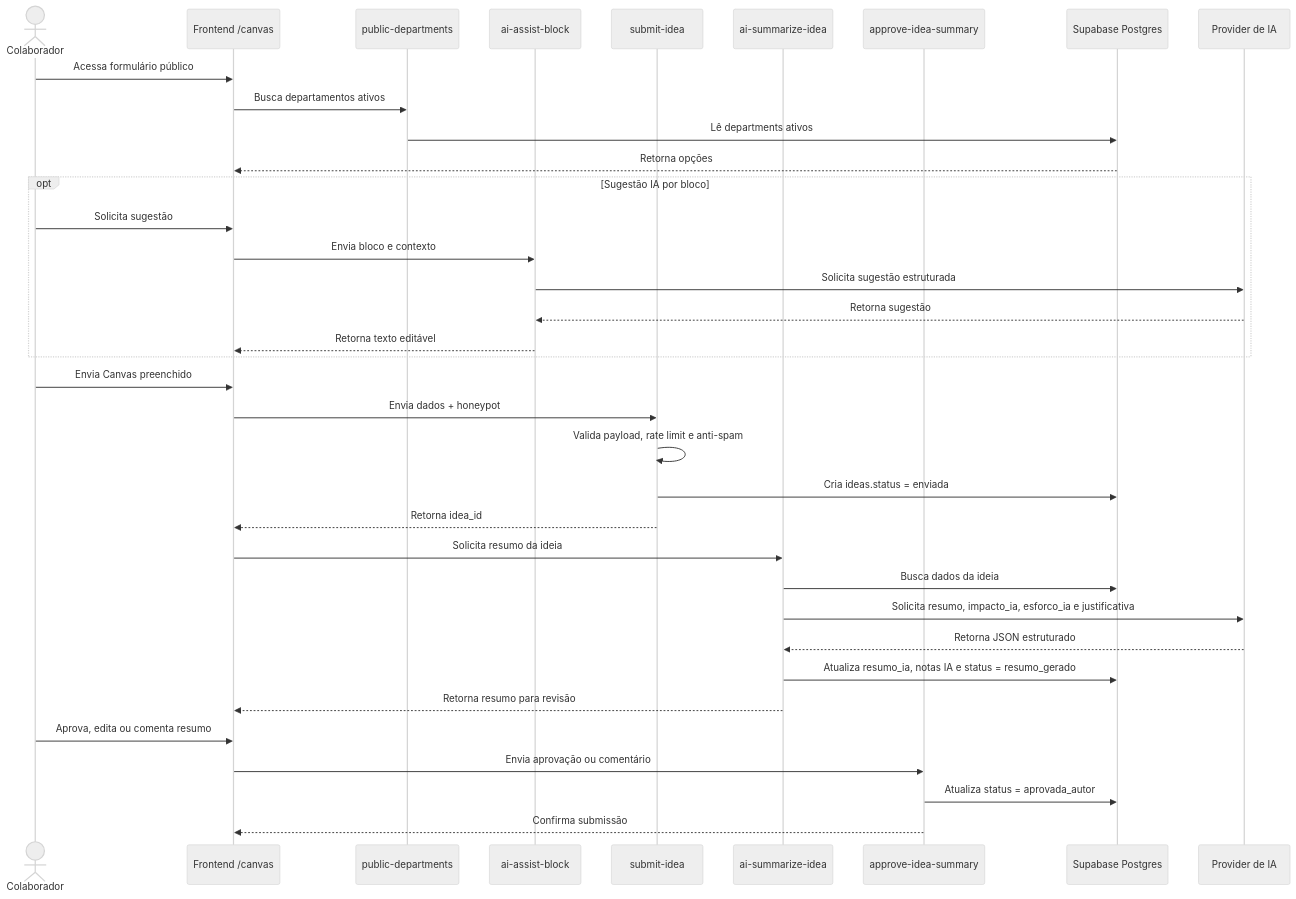
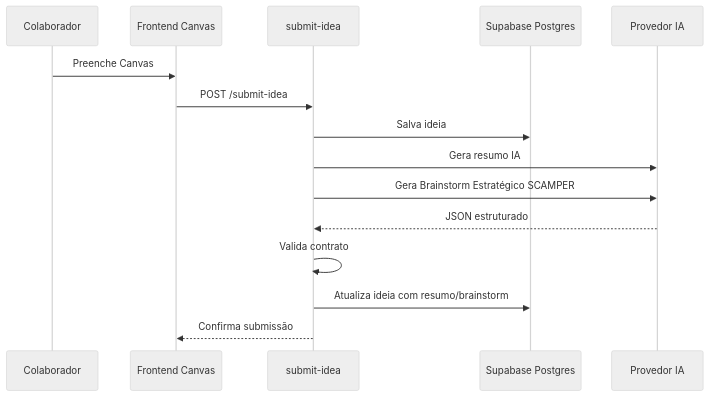
Before and after one commit to phablo-tavares/documentacao_portal_inovacao: the second of 5 diagrams in design-tecnico-rennova-spark-hub.md, drawn with Mermaid (neutral theme). The commit also changed other lines of this file and 3 other files, not shown here.

Commit message:
docs: consolida brainstorm estratégico IA na documentação

````diff
--- a/design-tecnico-rennova-spark-hub.md
+++ b/design-tecnico-rennova-spark-hub.md
@@ -173,43 +90,18 @@
 ```mermaid
 sequenceDiagram
-    actor Autor as Colaborador
-    participant Canvas as Frontend /canvas
-    participant Depts as public-departments
-    participant Assist as ai-assist-block
-    participant Submit as submit-idea
-    participant Summary as ai-summarize-idea
-    participant Approve as approve-idea-summary
-    participant DB as Supabase Postgres
-    participant IA as Provider de IA
+  participant U as Colaborador
+  participant FE as Frontend Canvas
+  participant EF as submit-idea
+  participant DB as Supabase Postgres
+  participant AI as Provedor IA
 
-    Autor->>Canvas: Acessa formulário público
-    Canvas->>Depts: Busca departamentos ativos
-    Depts->>DB: Lê departments ativos
-    DB-->>Canvas: Retorna opções
-
-    opt Sugestão IA por bloco
-        Autor->>Canvas: Solicita sugestão
-        Canvas->>Assist: Envia bloco e contexto
-        Assist->>IA: Solicita sugestão estruturada
-        IA-->>Assist: Retorna sugestão
-        Assist-->>Canvas: Retorna texto editável
-    end
-
-    Autor->>Canvas: Envia Canvas preenchido
-    Canvas->>Submit: Envia dados + honeypot
-    Submit->>Submit: Valida payload, rate limit e anti-spam
-    Submit->>DB: Cria ideas.status = enviada
-    Submit-->>Canvas: Retorna idea_id
-
-    Canvas->>Summary: Solicita resumo da ideia
-    Summary->>DB: Busca dados da ideia
-    Summary->>IA: Solicita resumo, impacto_ia, esforco_ia e justificativa
-    IA-->>Summary: Retorna JSON estruturado
-    Summary->>DB: Atualiza resumo_ia, notas IA e status = resumo_gerado
-    Summary-->>Canvas: Retorna resumo para revisão
-
-    Autor->>Canvas: Aprova, edita ou comenta resumo
-    Canvas->>Approve: Envia aprovação ou comentário
-    Approve->>DB: Atualiza status = aprovada_autor
-    Approve-->>Canvas: Confirma submissão
+  U->>FE: Preenche Canvas
+  FE->>EF: POST /submit-idea
+  EF->>DB: Salva ideia
+  EF->>AI: Gera resumo IA
+  EF->>AI: Gera Brainstorm Estratégico SCAMPER
+  AI-->>EF: JSON estruturado
+  EF->>EF: Valida contrato
+  EF->>DB: Atualiza ideia com resumo/brainstorm
+  EF-->>FE: Confirma submissão
 ```
````
